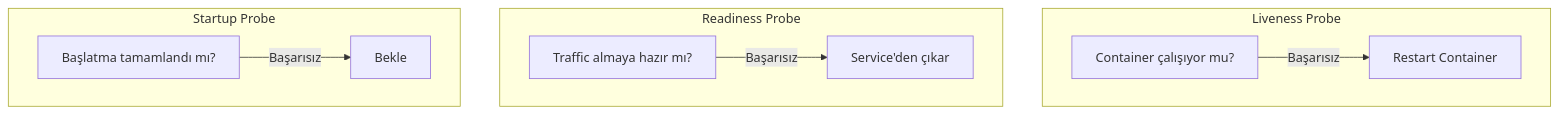
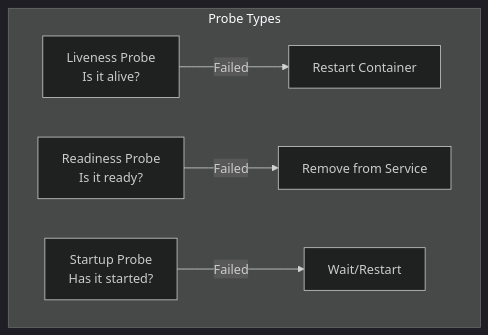
The diagram in labs/lab-08-probes.md (uzunenes/CKAD), drawn with Mermaid before and after one commit. The commit also changed other lines of this file and 15 other files, not shown here.

Commit message:
🌍 Complete English translation - All 17 labs translated with dark mermaid themes

````diff
--- a/labs/lab-08-probes.md
+++ b/labs/lab-08-probes.md
@@ -12,17 +13,9 @@
 ```mermaid
+%%{init: {'theme': 'dark'}}%%
 graph TB
-    subgraph "Liveness Probe"
-        L[Container çalışıyor mu?]
-        L --> |Başarısız| RESTART[Restart Container]
-    end
-    
-    subgraph "Readiness Probe"
-        R[Traffic almaya hazır mı?]
-        R --> |Başarısız| REMOVE[Service'den çıkar]
-    end
-    
-    subgraph "Startup Probe"
-        S[Başlatma tamamlandı mı?]
-        S --> |Başarısız| WAIT[Bekle]
+    subgraph "Probe Types"
+        LP[Liveness Probe<br/>Is it alive?] --> |Failed| RESTART[Restart Container]
+        RP[Readiness Probe<br/>Is it ready?] --> |Failed| REMOVE[Remove from Service]
+        SP[Startup Probe<br/>Has it started?] --> |Failed| WAIT[Wait/Restart]
     end
 ```
````
